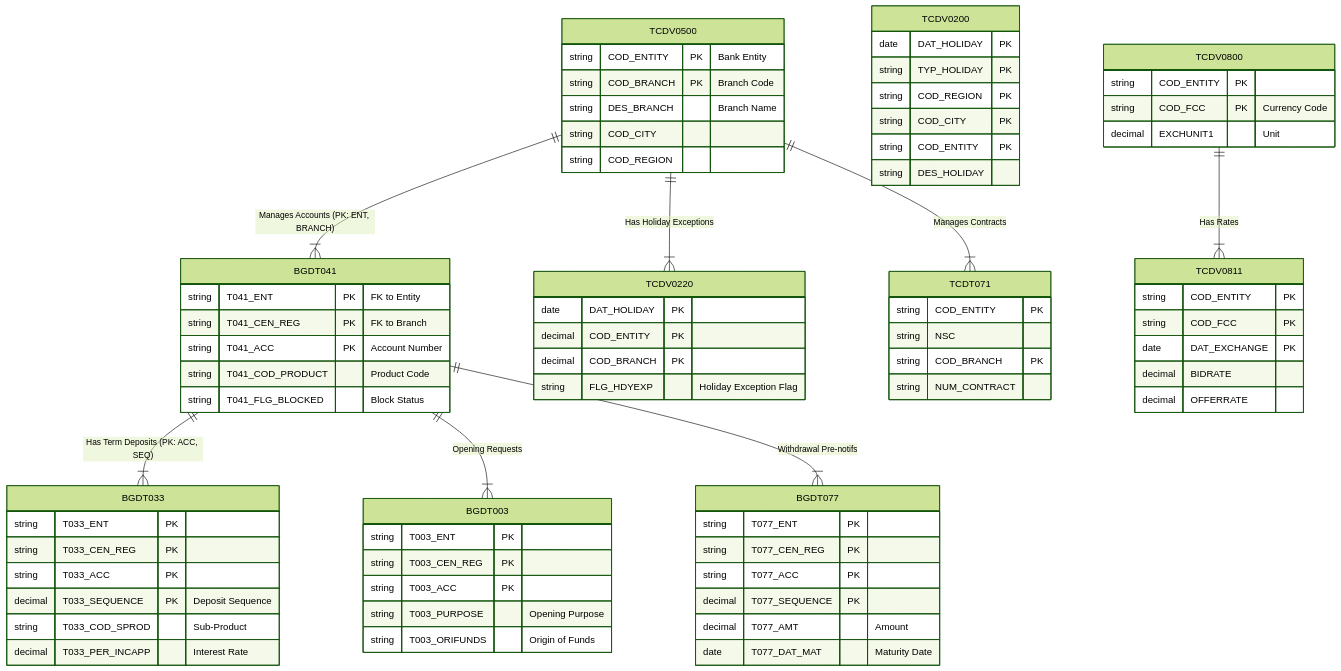
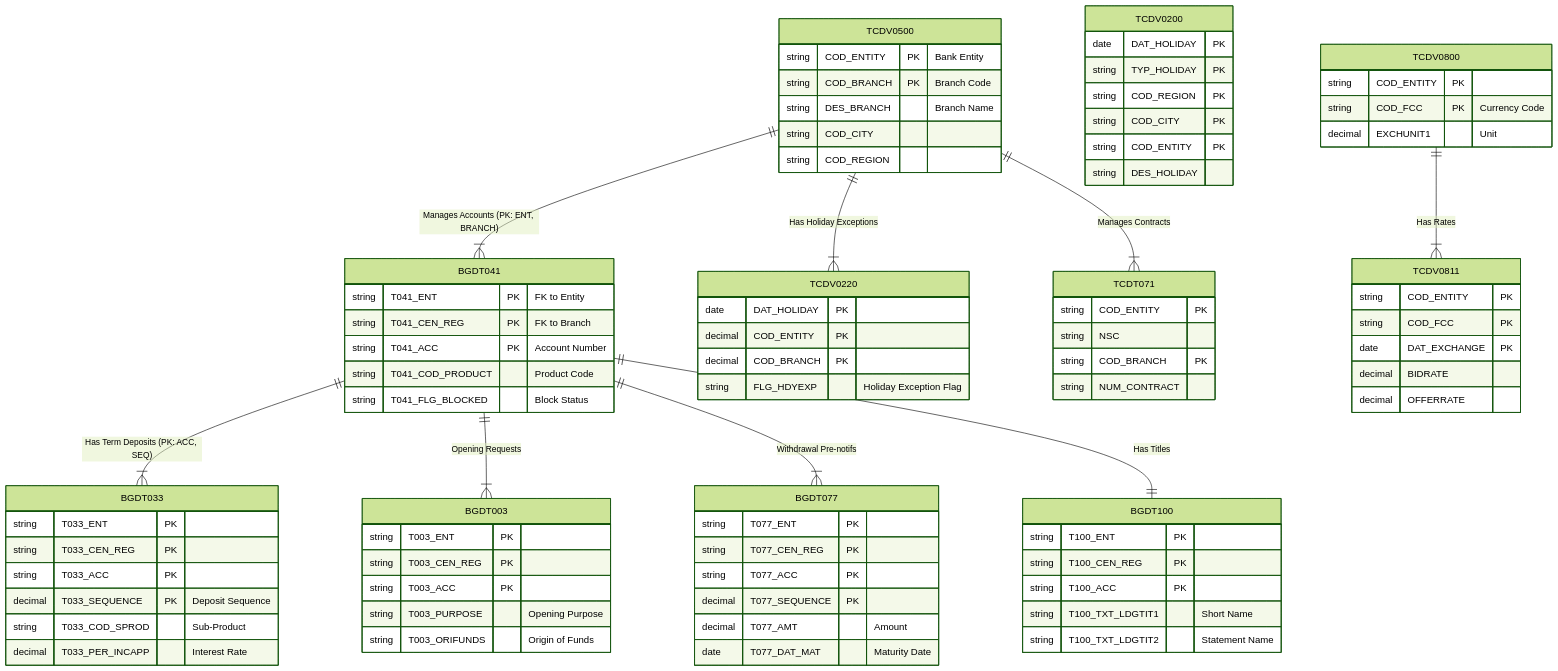
The diagram in doc/cobol/COBOL_System_Analysis.md (sayantan2026/Mongo-DB-project), drawn with Mermaid (forest theme) before and after one commit. The commit also changed other lines of this file, not shown here.

```diff
--- a/doc/cobol/COBOL_System_Analysis.md
+++ b/doc/cobol/COBOL_System_Analysis.md
@@ -53,6 +53,16 @@
         string T033_COD_SPROD "Sub-Product"
         decimal T033_PER_INCAPP "Interest Rate"
     }
+
+    BGDT100 {
+        string T100_ENT PK
+        string T100_CEN_REG PK
+        string T100_ACC PK
+        string T100_TXT_LDGTIT1 "Short Name"
+        string T100_TXT_LDGTIT2 "Statement Name"
+    }
+
+    BGDT041 ||--|| BGDT100 : "Has Titles"
 
     BGDT003 {
         string T003_ENT PK
```
